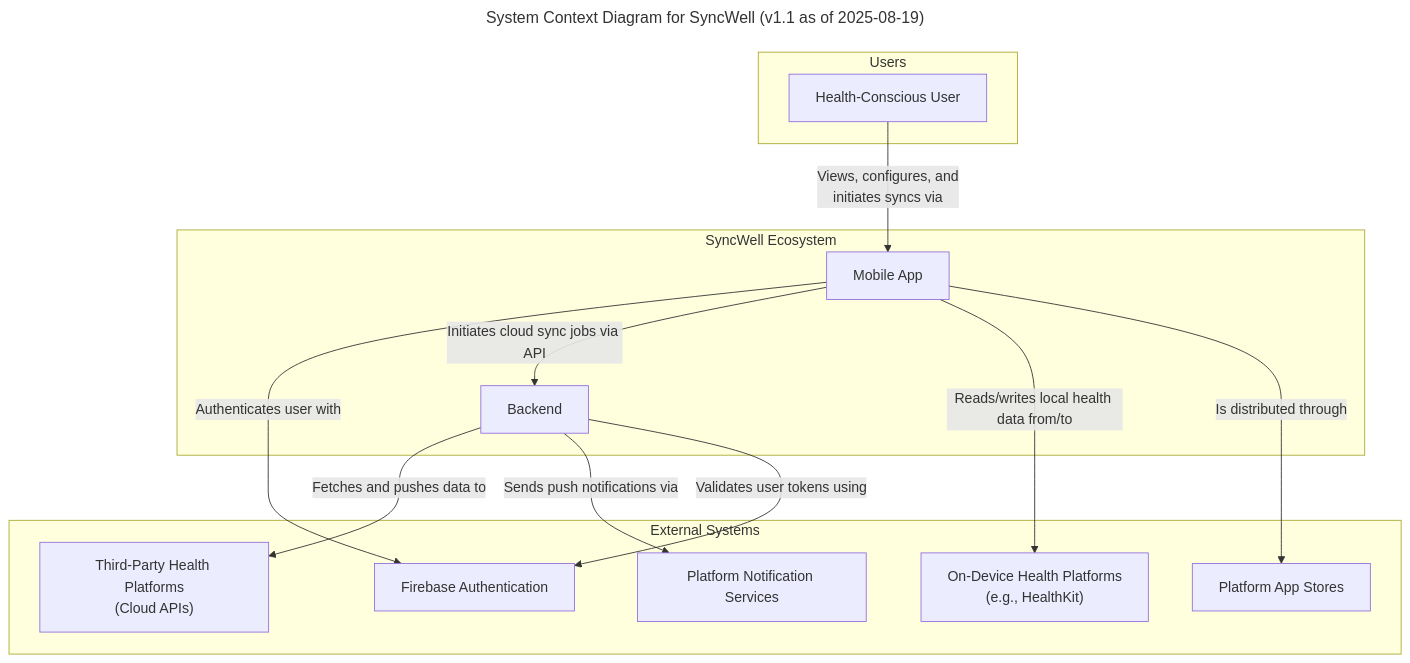
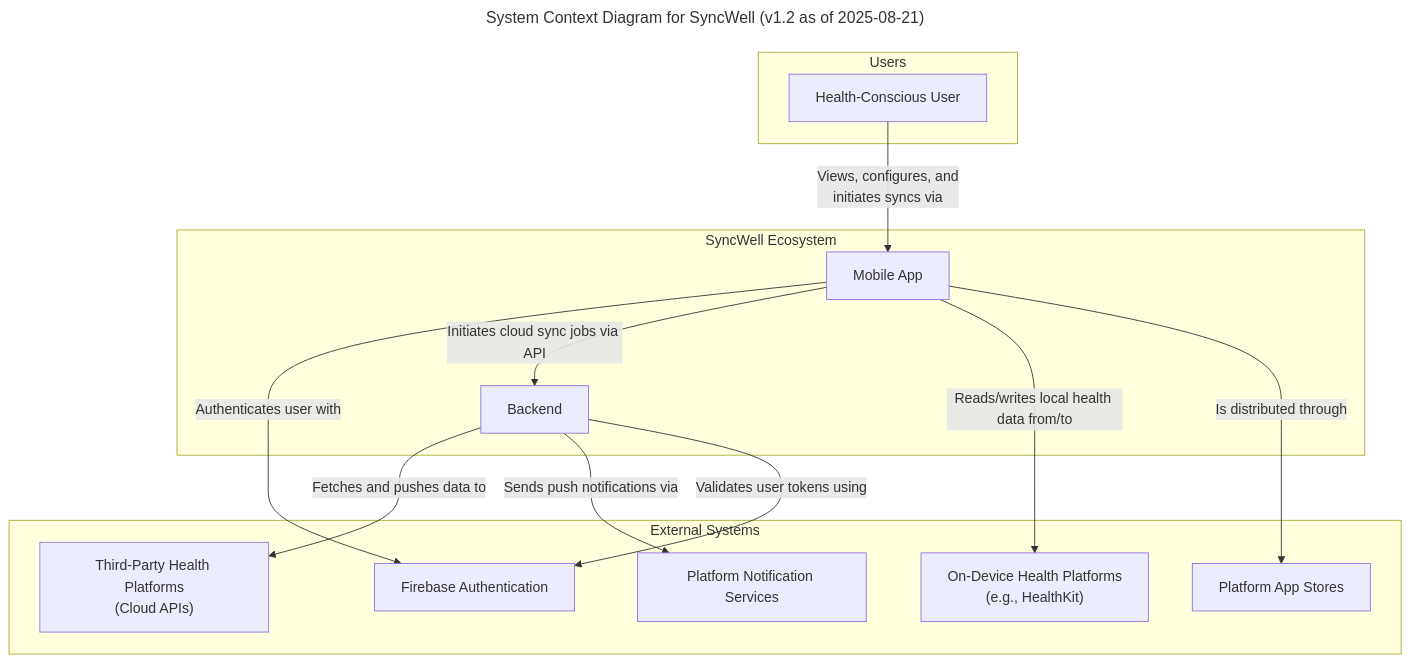
One commit to dino10bit/healthsync changed the fifth of 11 diagrams in docs/architecture/06-technical-architecture.md. Above: the diagram before and after it, drawn with Mermaid. The commit also changed other lines of this file and 11 other files, not shown here.

````diff
--- a/docs/architecture/06-technical-architecture.md
+++ b/docs/architecture/06-technical-architecture.md
@@ -1022,31 +985,31 @@
 ```mermaid
 ---
-title: "System Context Diagram for SyncWell (v1.1 as of 2025-08-19)"
+title: "System Context Diagram for SyncWell (v1.2 as of 2025-08-21)"
 ---
 graph TD
     subgraph SyncWell Ecosystem
         A[Mobile App]
         B[Backend]
     end
 
     subgraph Users
         C[Health-Conscious User]
     end
 
     subgraph External Systems
         D["Third-Party Health Platforms<br>(Cloud APIs)"]
         D2["On-Device Health Platforms<br>(e.g., HealthKit)"]
         E[Platform App Stores]
         F[Platform Notification Services]
         G[Firebase Authentication]
     end
 
     C -- "Views, configures, and<br>initiates syncs via" --> A
     A -- "Authenticates user with" --> G
     A -- "Initiates cloud sync jobs via API" --> B
     A -- "Reads/writes local health data from/to" --> D2
     A -- "Is distributed through" --> E
     B -- "Fetches and pushes data to" --> D
     B -- "Sends push notifications via" --> F
     B -- "Validates user tokens using" --> G
 ```
````
